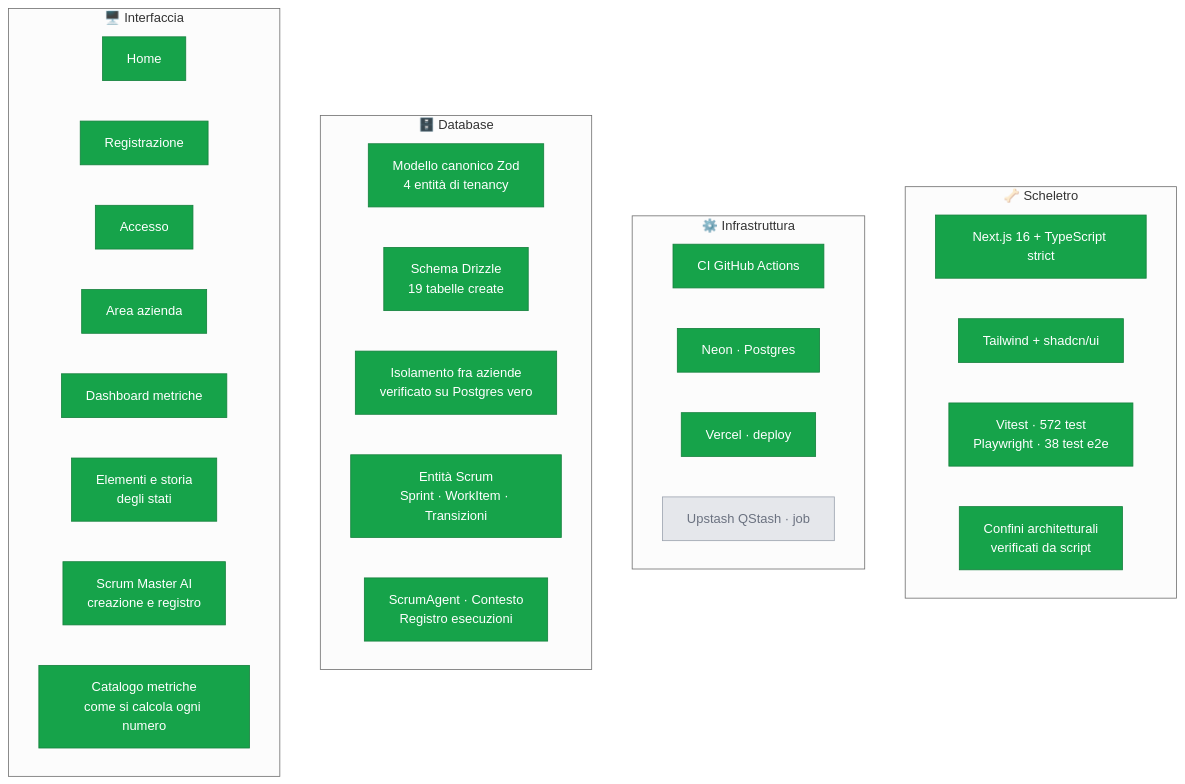
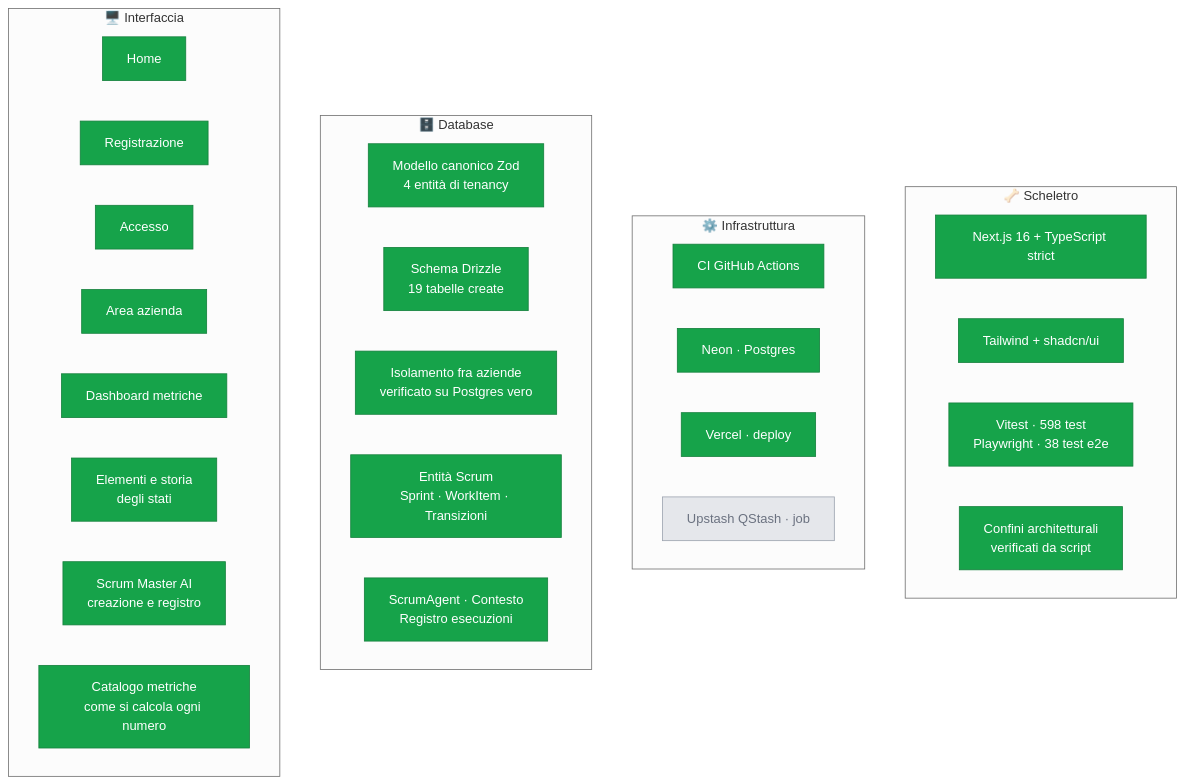
One commit to dibari62/scrum-master-ai changed the first of 3 diagrams in docs/stato-progetto.md. Above: the diagram before and after it, drawn with Mermaid (neutral theme). The commit also changed 7 other files, not shown here.

````diff
--- a/docs/stato-progetto.md
+++ b/docs/stato-progetto.md
@@ -13,45 +13,45 @@
 ```mermaid
 graph TB
     subgraph SCH["🦴 Scheletro"]
         S1["Next.js 16 + TypeScript strict"]
         S2["Tailwind + shadcn/ui"]
-        S3["Vitest · 572 test<br/>Playwright · 38 test e2e"]
+        S3["Vitest · 598 test<br/>Playwright · 38 test e2e"]
         S4["Confini architetturali<br/>verificati da script"]
     end
 
     subgraph INF["⚙️ Infrastruttura"]
         I1["CI GitHub Actions"]
         I2["Neon · Postgres"]
         I3["Vercel · deploy"]
         I4["Upstash QStash · job"]
     end
 
     subgraph DB["🗄️ Database"]
         D1["Modello canonico Zod<br/>4 entità di tenancy"]
         D2["Schema Drizzle<br/>19 tabelle create"]
         D3["Isolamento fra aziende<br/>verificato su Postgres vero"]
         D4["Entità Scrum<br/>Sprint · WorkItem · Transizioni"]
         D5["ScrumAgent · Contesto<br/>Registro esecuzioni"]
     end
 
     subgraph UI["🖥️ Interfaccia"]
         U1["Home"]
         U2["Registrazione"]
         U3["Accesso"]
         U4["Area azienda"]
         U5["Dashboard metriche"]
         U7["Elementi e storia<br/>degli stati"]
         U6["Scrum Master AI<br/>creazione e registro"]
         U8["Catalogo metriche<br/>come si calcola ogni numero"]
     end
 
     classDef fatto fill:#16a34a,stroke:#15803d,color:#fff
     classDef corso fill:#eab308,stroke:#ca8a04,color:#000
     classDef todo fill:#e5e7eb,stroke:#9ca3af,color:#6b7280
 
     class S1,S2,S3,S4 fatto
     class I1,I2,I3 fatto
     class I4 todo
     class D1,D2,D3,D4,D5 fatto
     class U1,U2,U3,U4,U5,U6,U7,U8 fatto
 ```
````
